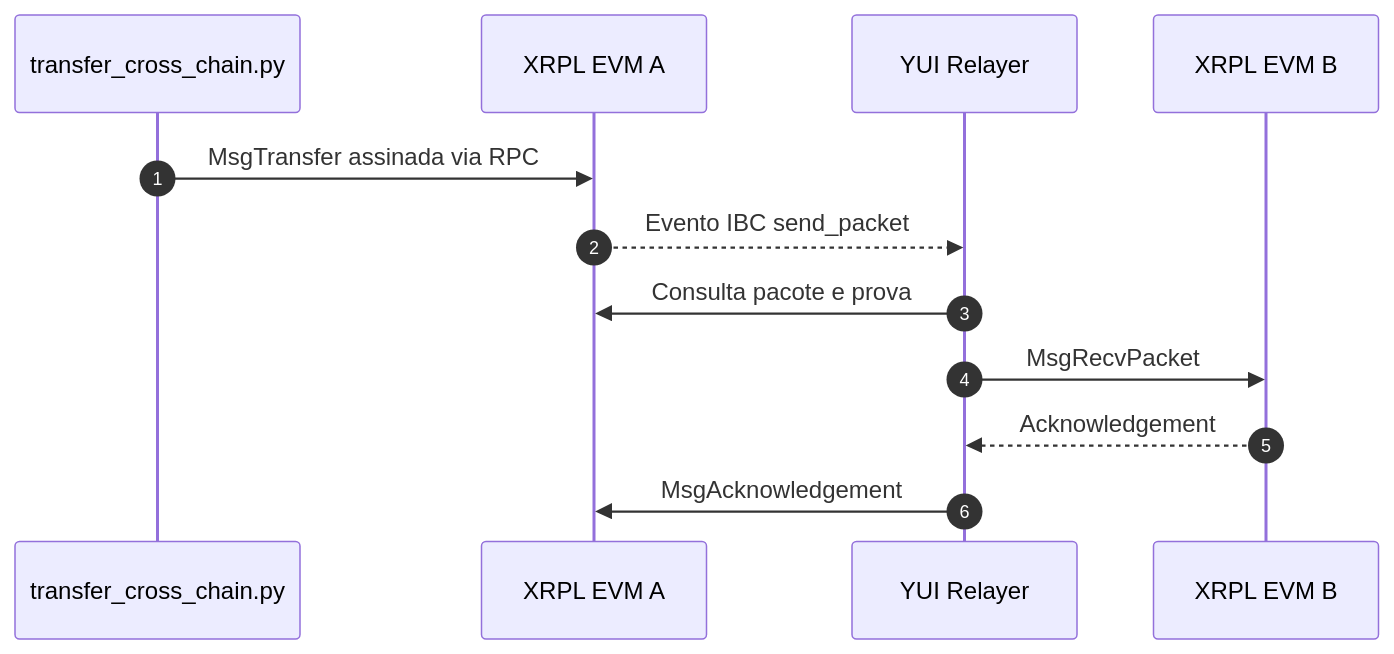
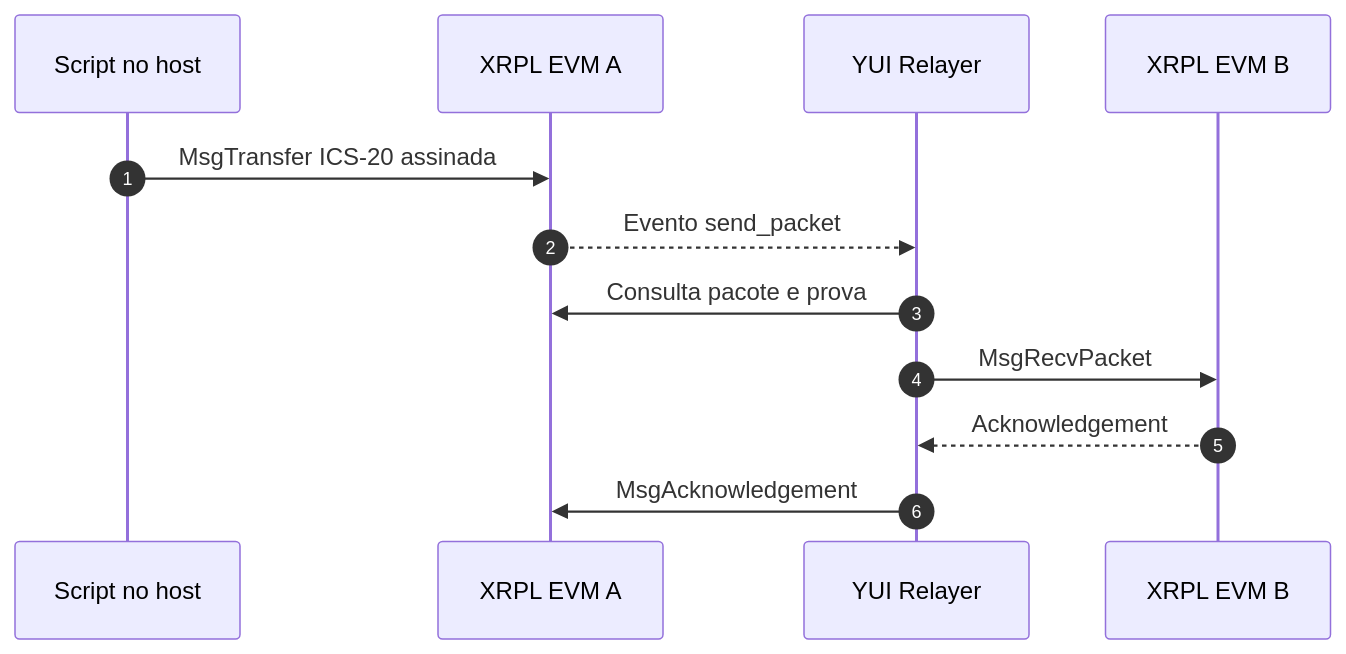
Before and after one commit to brunolima2696/xrpl-cosmos: the diagram in readme.md, drawn with Mermaid. The commit also changed other lines of this file and 54 other files, not shown here.

````diff
--- a/readme.md
+++ b/readme.md
@@ -59,15 +83,15 @@
 ```mermaid
 sequenceDiagram
     autonumber
-    participant Teste as transfer_cross_chain.py
+    participant Host as Script no host
     participant A as XRPL EVM A
     participant YUI as YUI Relayer
     participant B as XRPL EVM B
 
-    Teste->>A: MsgTransfer assinada via RPC
-    A-->>YUI: Evento IBC send_packet
+    Host->>A: MsgTransfer ICS-20 assinada
+    A-->>YUI: Evento send_packet
     YUI->>A: Consulta pacote e prova
     YUI->>B: MsgRecvPacket
     B-->>YUI: Acknowledgement
     YUI->>A: MsgAcknowledgement
 ```
````
